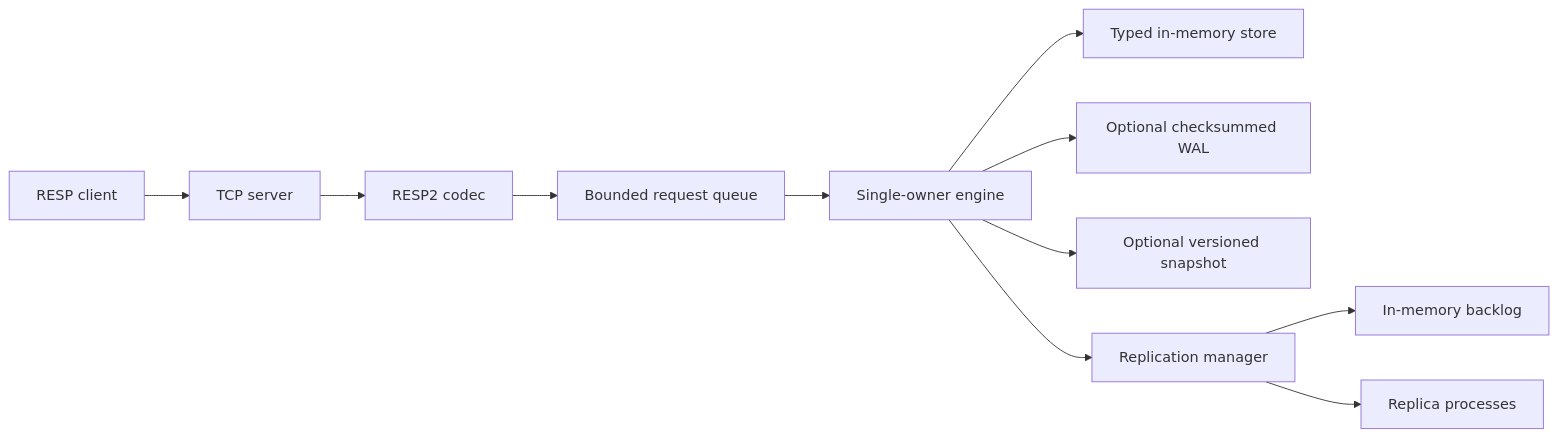
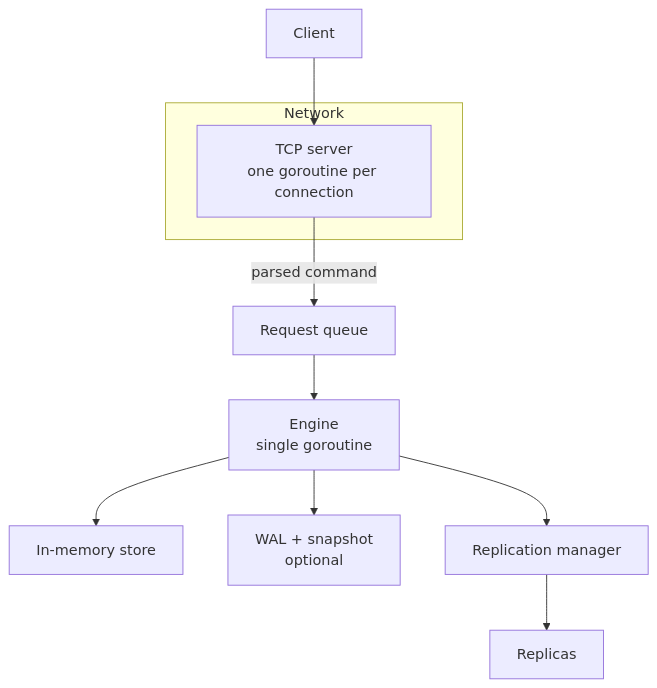
The diagram in README.md (nolannguyen1212/memkv), drawn with Mermaid before and after one commit. The commit also changed other lines of this file, not shown here.

````diff
--- a/README.md
+++ b/README.md
@@ -9,14 +15,16 @@
 ```mermaid
-flowchart LR
-    Client[RESP client] --> TCP[TCP server]
-    TCP --> RESP[RESP2 codec]
-    RESP --> Queue[Bounded request queue]
-    Queue --> Engine[Single-owner engine]
+flowchart TB
+    Client[Client] --> Server
 
-    Engine --> Store[Typed in-memory store]
-    Engine --> WAL[Optional checksummed WAL]
-    Engine --> Snapshot[Optional versioned snapshot]
+    subgraph Network
+        Server[TCP server<br/>one goroutine per connection]
+    end
+
+    Server -->|parsed command| Queue[Request queue]
+    Queue --> Engine[Engine<br/>single goroutine]
+
+    Engine --> Store[In-memory store]
+    Engine --> Persistence[WAL + snapshot<br/>optional]
     Engine --> Replication[Replication manager]
-    Replication --> Backlog[In-memory backlog]
-    Replication --> Replicas[Replica processes]
+    Replication --> Replicas[Replicas]
 ```
````
